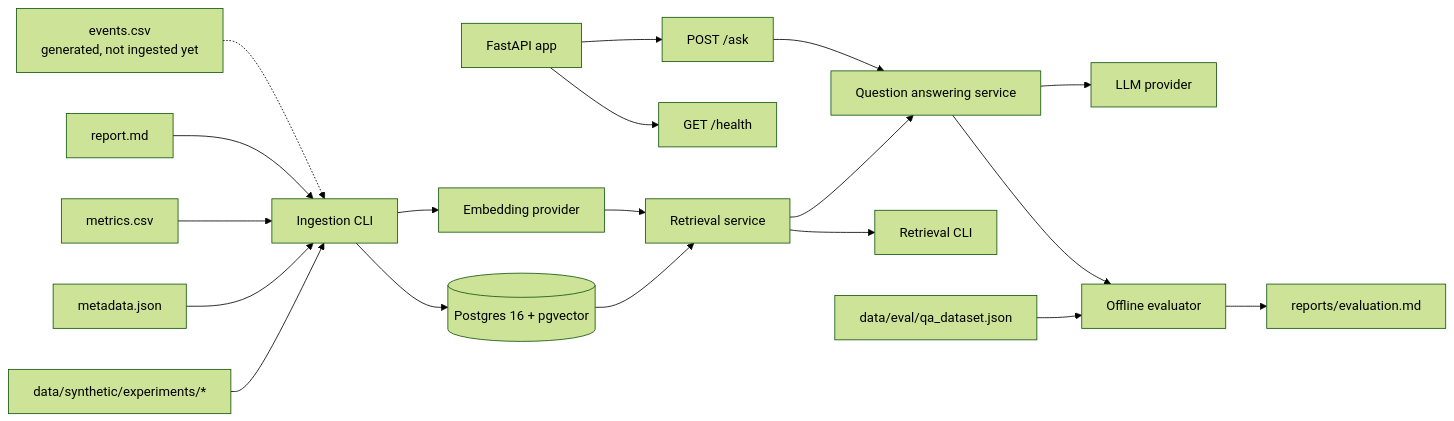
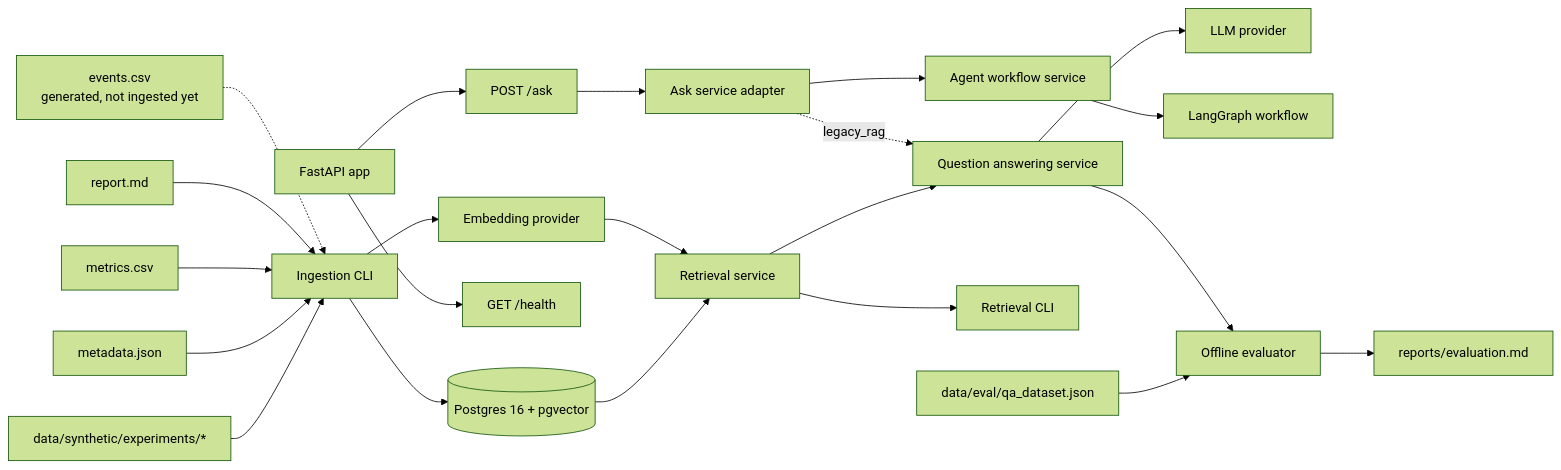
The diagram in README.md (archeltaneka/ExperimentOS-AI), drawn with Mermaid (forest theme) before and after one commit. The commit also changed other lines of this file and 8 other files, not shown here.

Commit message:
[Improvement] Integrate the LangGraph AgentWorkflowService into the public /ask API

````diff
--- a/README.md
+++ b/README.md
@@ -37,25 +37,28 @@
 ```mermaid
 flowchart LR
     A[data/synthetic/experiments/*] --> B[Ingestion CLI]
     A1[metadata.json] --> B
     A2[metrics.csv] --> B
     A3[report.md] --> B
     A4[events.csv<br/>generated, not ingested yet] -.-> B
 
     B --> C[(Postgres 16 + pgvector)]
     B --> D[Embedding provider]
 
     C --> E[Retrieval service]
     D --> E
     E --> F[Question answering service]
     F --> G[LLM provider]
 
     H[FastAPI app] --> I[GET /health]
     H --> J[POST /ask]
-    J --> F
+    J --> O[Ask service adapter]
+    O --> P[Agent workflow service]
+    O -. legacy_rag .-> F
+    P --> Q[LangGraph workflow]
 
     E --> K[Retrieval CLI]
     L[data/eval/qa_dataset.json] --> M[Offline evaluator]
     F --> M
     M --> N[reports/evaluation.md]
 ```
````
